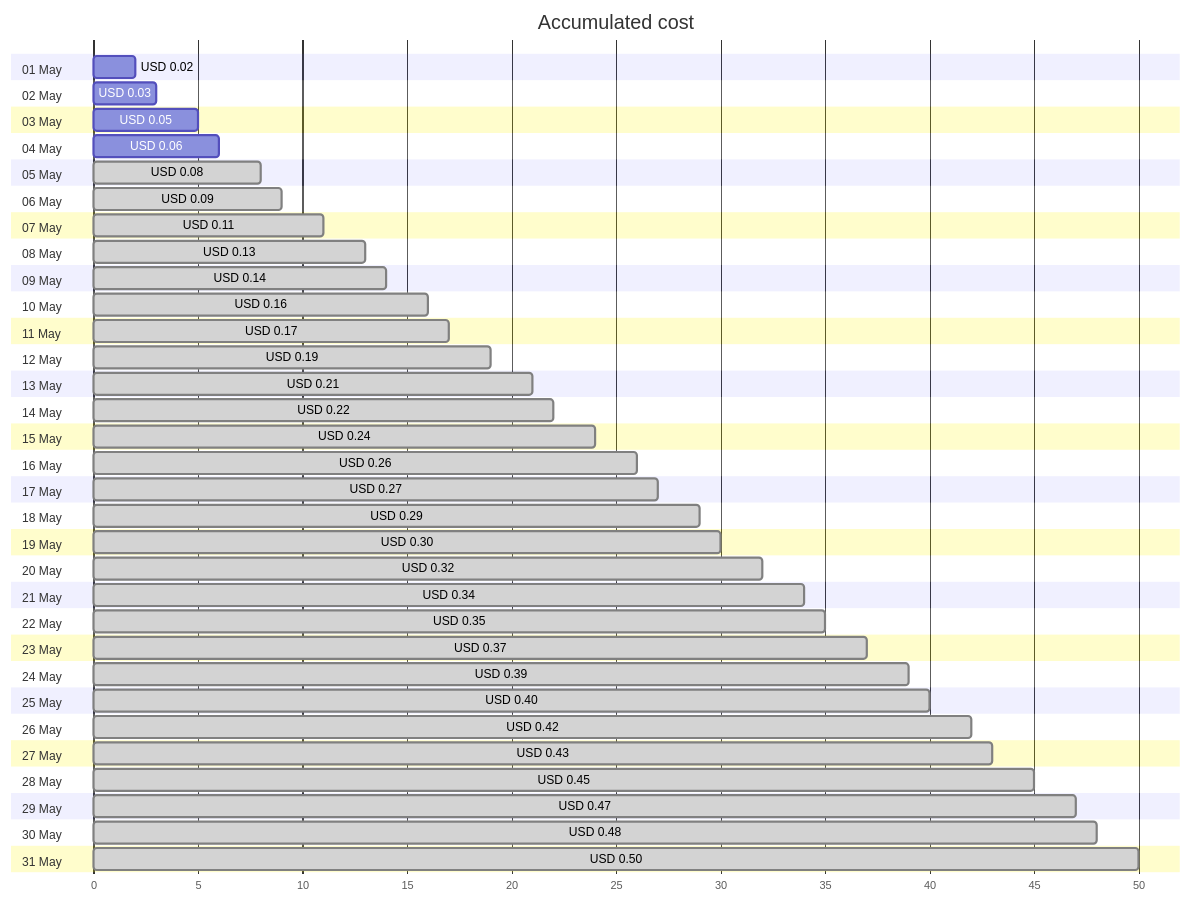
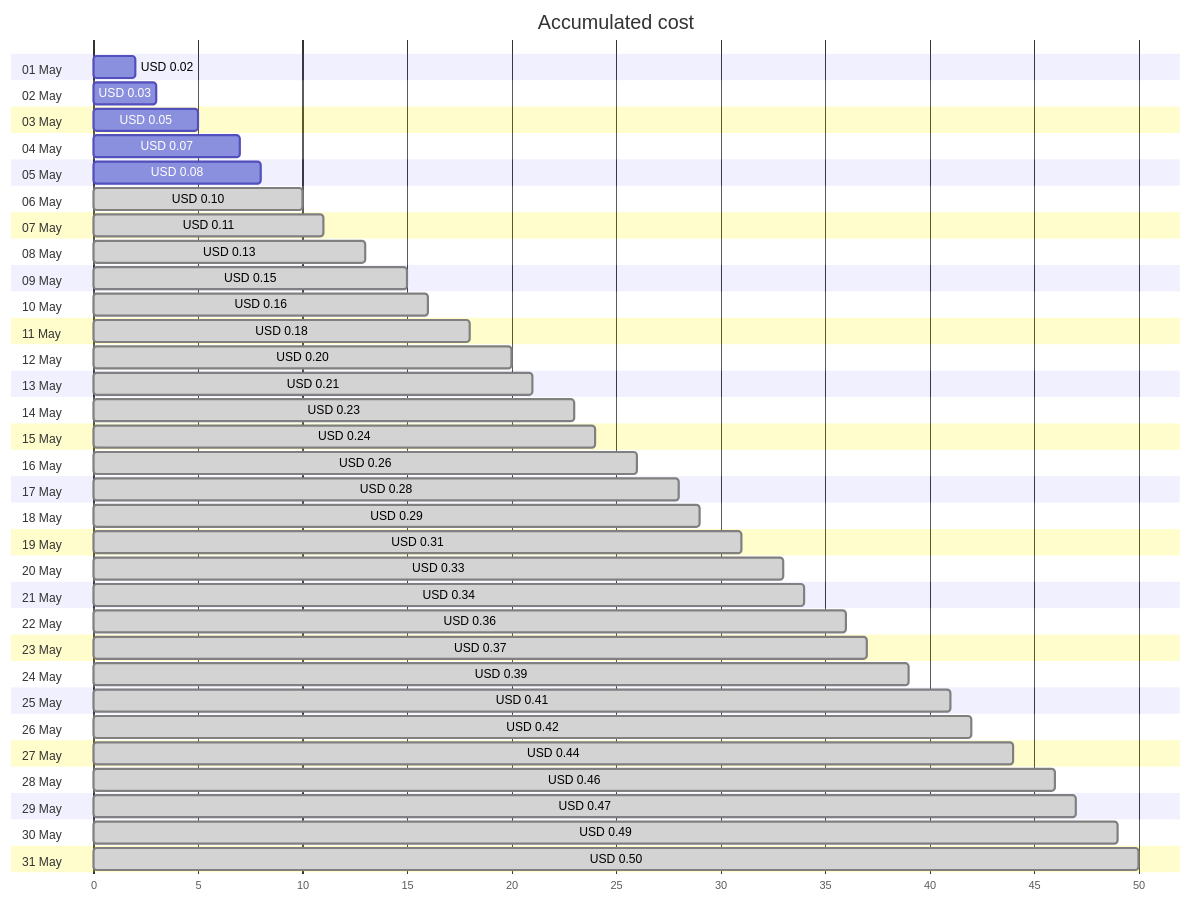
Before and after one commit to jpfulton/azure-personal-reports: the first of 4 diagrams in cost-reports/personal-dns/jpatrickfulton.com.md, drawn with Mermaid. The commit also changed other lines of this file and 2 other files, not shown here.

Commit message:
Generated reports [skip ci]

````diff
--- a/cost-reports/personal-dns/jpatrickfulton.com.md
+++ b/cost-reports/personal-dns/jpatrickfulton.com.md
@@ -20,68 +20,68 @@
 ```mermaid
 gantt
    title Accumulated cost
    dateFormat  X
    axisFormat %s
    section 01 May
    USD 0.02 :0, 2
    section 02 May
    USD 0.03 :0, 3
    section 03 May
    USD 0.05 :0, 5
    section 04 May
-   USD 0.06 :0, 6
+   USD 0.07 :0, 7
    section 05 May
-   USD 0.08 : done, 0, 8
+   USD 0.08 :0, 8
    section 06 May
-   USD 0.09 : done, 0, 9
+   USD 0.10 : done, 0, 10
    section 07 May
    USD 0.11 : done, 0, 11
    section 08 May
    USD 0.13 : done, 0, 13
    section 09 May
-   USD 0.14 : done, 0, 14
+   USD 0.15 : done, 0, 15
    section 10 May
    USD 0.16 : done, 0, 16
    section 11 May
-   USD 0.17 : done, 0, 17
+   USD 0.18 : done, 0, 18
    section 12 May
-   USD 0.19 : done, 0, 19
+   USD 0.20 : done, 0, 20
    section 13 May
    USD 0.21 : done, 0, 21
    section 14 May
-   USD 0.22 : done, 0, 22
+   USD 0.23 : done, 0, 23
    section 15 May
    USD 0.24 : done, 0, 24
    section 16 May
    USD 0.26 : done, 0, 26
    section 17 May
-   USD 0.27 : done, 0, 27
+   USD 0.28 : done, 0, 28
    section 18 May
    USD 0.29 : done, 0, 29
    section 19 May
-   USD 0.30 : done, 0, 30
+   USD 0.31 : done, 0, 31
    section 20 May
-   USD 0.32 : done, 0, 32
+   USD 0.33 : done, 0, 33
    section 21 May
    USD 0.34 : done, 0, 34
    section 22 May
-   USD 0.35 : done, 0, 35
+   USD 0.36 : done, 0, 36
    section 23 May
    USD 0.37 : done, 0, 37
    section 24 May
    USD 0.39 : done, 0, 39
    section 25 May
-   USD 0.40 : done, 0, 40
+   USD 0.41 : done, 0, 41
    section 26 May
    USD 0.42 : done, 0, 42
    section 27 May
-   USD 0.43 : done, 0, 43
+   USD 0.44 : done, 0, 44
    section 28 May
-   USD 0.45 : done, 0, 45
+   USD 0.46 : done, 0, 46
    section 29 May
    USD 0.47 : done, 0, 47
    section 30 May
-   USD 0.48 : done, 0, 48
+   USD 0.49 : done, 0, 49
    section 31 May
    USD 0.50 : done, 0, 50
 ```
````
